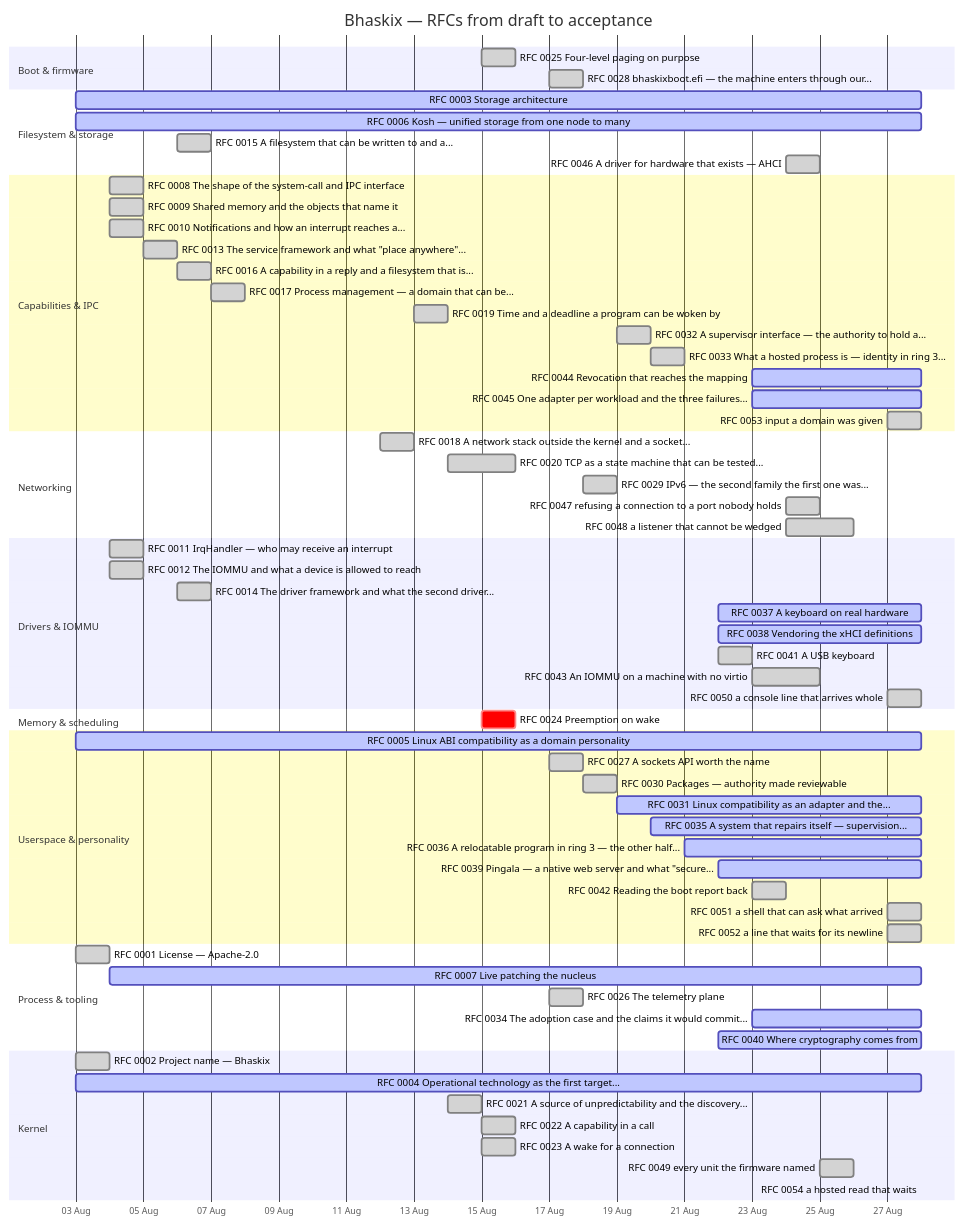
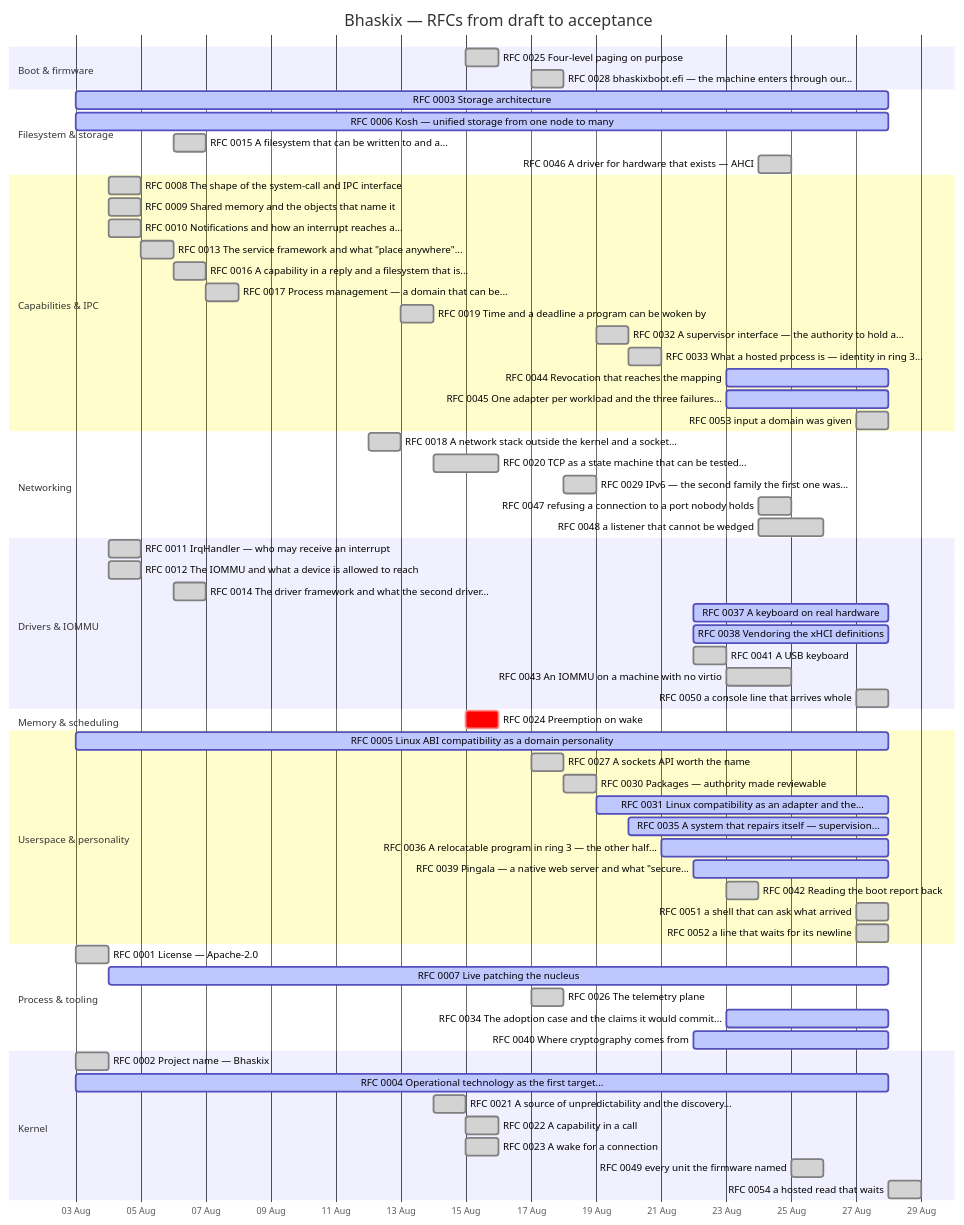
The diagram in docs/progress.md (bhaskix/bhaskix), drawn with Mermaid before and after one commit. The commit also changed other lines of this file and 2 other files, not shown here.

First line of the commit message:
docs: RFC 0054 accepted, with the five things acceptance does not claim

````diff
--- a/docs/progress.md
+++ b/docs/progress.md
@@ -24,70 +24,70 @@
 ```mermaid
 gantt
     title Bhaskix — RFCs from draft to acceptance
     dateFormat YYYY-MM-DD
     axisFormat %d %b
     todayMarker off
     section Boot & firmware
     RFC 0025 Four-level paging on purpose :done, r0025, 2026-08-15, 2026-08-16
     RFC 0028 bhaskixboot.efi — the machine enters through our... :done, r0028, 2026-08-17, 2026-08-18
     section Filesystem & storage
     RFC 0003 Storage architecture :active, r0003, 2026-08-03, 2026-08-28
     RFC 0006 Kosh — unified storage from one node to many :active, r0006, 2026-08-03, 2026-08-28
     RFC 0015 A filesystem that can be written to and a... :done, r0015, 2026-08-06, 1d
     RFC 0046 A driver for hardware that exists — AHCI :done, r0046, 2026-08-24, 1d
     section Capabilities & IPC
     RFC 0008 The shape of the system-call and IPC interface :done, r0008, 2026-08-04, 1d
     RFC 0009 Shared memory and the objects that name it :done, r0009, 2026-08-04, 1d
     RFC 0010 Notifications and how an interrupt reaches a... :done, r0010, 2026-08-04, 1d
     RFC 0013 The service framework and what "place anywhere"... :done, r0013, 2026-08-05, 1d
     RFC 0016 A capability in a reply and a filesystem that is... :done, r0016, 2026-08-06, 2026-08-07
     RFC 0017 Process management — a domain that can be... :done, r0017, 2026-08-07, 1d
     RFC 0019 Time and a deadline a program can be woken by :done, r0019, 2026-08-13, 2026-08-14
     RFC 0032 A supervisor interface — the authority to hold a... :done, r0032, 2026-08-19, 2026-08-20
     RFC 0033 What a hosted process is — identity in ring 3... :done, r0033, 2026-08-20, 1d
     RFC 0044 Revocation that reaches the mapping :active, r0044, 2026-08-23, 2026-08-28
     RFC 0045 One adapter per workload and the three failures... :active, r0045, 2026-08-23, 2026-08-28
     RFC 0053 input a domain was given :done, r0053, 2026-08-27, 1d
     section Networking
     RFC 0018 A network stack outside the kernel and a socket... :done, r0018, 2026-08-12, 2026-08-13
     RFC 0020 TCP as a state machine that can be tested... :done, r0020, 2026-08-14, 2026-08-16
     RFC 0029 IPv6 — the second family the first one was... :done, r0029, 2026-08-18, 1d
     RFC 0047 refusing a connection to a port nobody holds :done, r0047, 2026-08-24, 1d
     RFC 0048 a listener that cannot be wedged :done, r0048, 2026-08-24, 2026-08-26
     section Drivers & IOMMU
     RFC 0011 IrqHandler — who may receive an interrupt :done, r0011, 2026-08-04, 1d
     RFC 0012 The IOMMU and what a device is allowed to reach :done, r0012, 2026-08-04, 1d
     RFC 0014 The driver framework and what the second driver... :done, r0014, 2026-08-06, 1d
     RFC 0037 A keyboard on real hardware :active, r0037, 2026-08-22, 2026-08-28
     RFC 0038 Vendoring the xHCI definitions :active, r0038, 2026-08-22, 2026-08-28
     RFC 0041 A USB keyboard :done, r0041, 2026-08-22, 2026-08-23
     RFC 0043 An IOMMU on a machine with no virtio :done, r0043, 2026-08-23, 2026-08-25
     RFC 0050 a console line that arrives whole :done, r0050, 2026-08-27, 1d
     section Memory & scheduling
     RFC 0024 Preemption on wake :crit, r0024, 2026-08-15, 1d
     section Userspace & personality
     RFC 0005 Linux ABI compatibility as a domain personality :active, r0005, 2026-08-03, 2026-08-28
     RFC 0027 A sockets API worth the name :done, r0027, 2026-08-17, 1d
     RFC 0030 Packages — authority made reviewable :done, r0030, 2026-08-18, 2026-08-19
     RFC 0031 Linux compatibility as an adapter and the... :active, r0031, 2026-08-19, 2026-08-28
     RFC 0035 A system that repairs itself — supervision... :active, r0035, 2026-08-20, 2026-08-28
     RFC 0036 A relocatable program in ring 3 — the other half... :active, r0036, 2026-08-21, 2026-08-28
     RFC 0039 Pingala — a native web server and what "secure... :active, r0039, 2026-08-22, 2026-08-28
     RFC 0042 Reading the boot report back :done, r0042, 2026-08-23, 1d
     RFC 0051 a shell that can ask what arrived :done, r0051, 2026-08-27, 1d
     RFC 0052 a line that waits for its newline :done, r0052, 2026-08-27, 1d
     section Process & tooling
     RFC 0001 License — Apache-2.0 :done, r0001, 2026-08-03, 1d
     RFC 0007 Live patching the nucleus :active, r0007, 2026-08-04, 2026-08-28
     RFC 0026 The telemetry plane :done, r0026, 2026-08-17, 1d
     RFC 0034 The adoption case and the claims it would commit... :active, r0034, 2026-08-23, 2026-08-28
     RFC 0040 Where cryptography comes from :active, r0040, 2026-08-22, 2026-08-28
     section Kernel
     RFC 0002 Project name — Bhaskix :done, r0002, 2026-08-03, 1d
     RFC 0004 Operational technology as the first target... :active, r0004, 2026-08-03, 2026-08-28
     RFC 0021 A source of unpredictability and the discovery... :done, r0021, 2026-08-14, 1d
     RFC 0022 A capability in a call :done, r0022, 2026-08-15, 2026-08-16
     RFC 0023 A wake for a connection :done, r0023, 2026-08-15, 2026-08-16
     RFC 0049 every unit the firmware named :done, r0049, 2026-08-25, 1d
-    RFC 0054 a hosted read that waits :active, r0054, 2026-08-28, 2026-08-28
+    RFC 0054 a hosted read that waits :done, r0054, 2026-08-28, 1d
 ```
````
